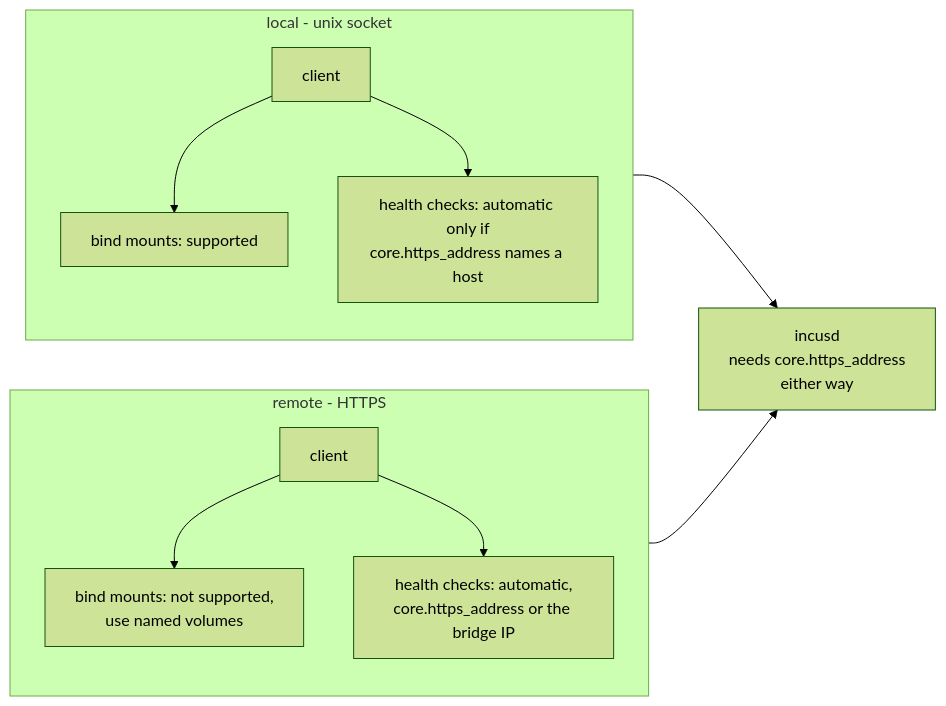
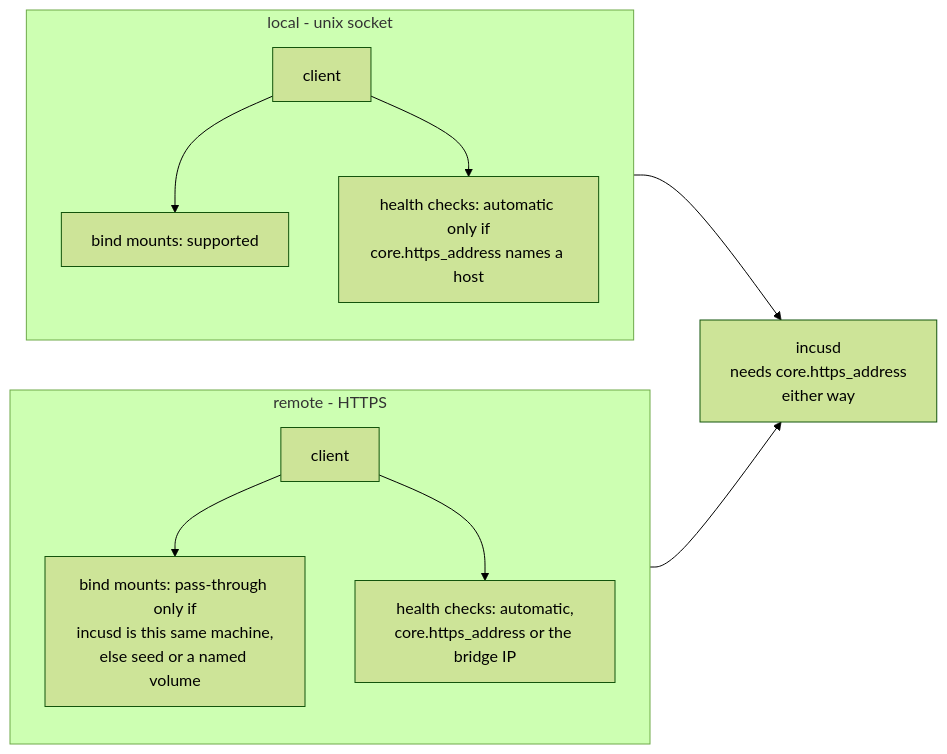
Before and after one commit to jochumdev/incus-compose-docs: the first of 2 diagrams in root/compose-compatibility.md, drawn with Mermaid (forest theme). The commit also changed other lines of this file and 6 other files, not shown here.

````diff
--- a/root/compose-compatibility.md
+++ b/root/compose-compatibility.md
@@ -752,17 +791,17 @@
 ```mermaid
 flowchart LR
     subgraph L["local - unix socket"]
         direction TB
         CU[client] --> BM["bind mounts: supported"]
         CU --> SET["health checks: automatic only if<br/>core.https_address names a host"]
     end
 
     subgraph R["remote - HTTPS"]
         direction TB
-        CH[client] --> BM2["bind mounts: not supported,<br/>use named volumes"]
+        CH[client] --> BM2["bind mounts: pass-through only if<br/>incusd is this same machine,<br/>else seed or a named volume"]
         CH --> HC["health checks: automatic,<br/>core.https_address or the bridge IP"]
     end
 
     L --> D["incusd<br/>needs core.https_address<br/>either way"]
     R --> D
 ```
````
